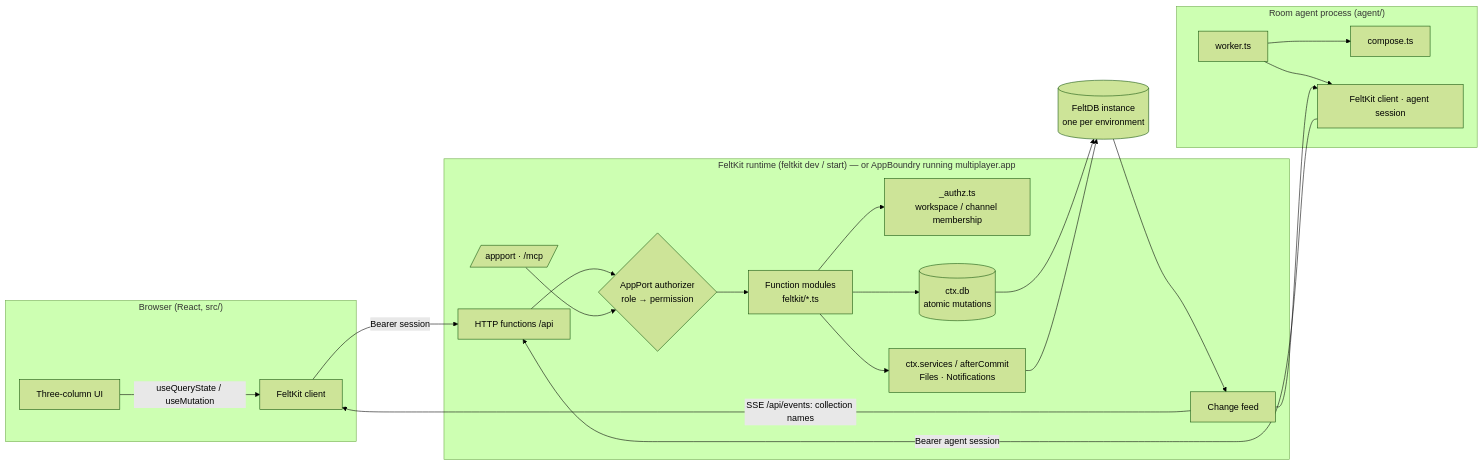
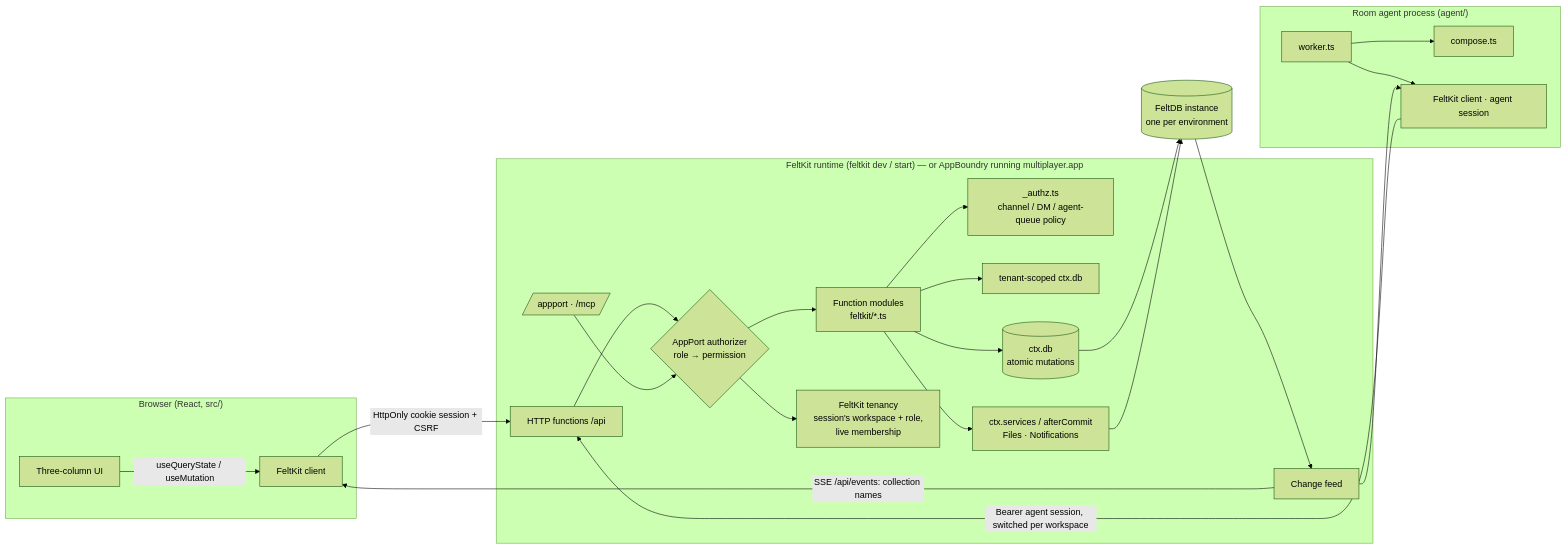
Before and after one commit to rkendel1/workspace: the diagram in docs/ARCHITECTURE.md, drawn with Mermaid (forest theme). The commit also changed other lines of this file and 48 other files, not shown here.

````diff
--- a/docs/ARCHITECTURE.md
+++ b/docs/ARCHITECTURE.md
@@ -5,25 +5,27 @@
 ```mermaid
 flowchart LR
   subgraph Browser["Browser (React, src/)"]
     UI[Three-column UI] -->|useQueryState / useMutation| FKC[FeltKit client]
   end
   subgraph Agent["Room agent process (agent/)"]
     W[worker.ts] --> C[compose.ts]
     W --> AKC[FeltKit client · agent session]
   end
   subgraph Runtime["FeltKit runtime (feltkit dev / start) — or AppBoundry running multiplayer.app"]
     H[HTTP functions /api] --> AUTH{AppPort authorizer<br/>role → permission}
     AP[/appport · /mcp/] --> AUTH
     AUTH --> FN[Function modules<br/>feltkit/*.ts]
-    FN --> AZ[_authz.ts<br/>workspace / channel membership]
+    AUTH --> TEN[FeltKit tenancy<br/>session's workspace + role,<br/>live membership]
+    FN --> AZ[_authz.ts<br/>channel / DM / agent-queue policy]
+    FN --> TS[tenant-scoped ctx.db]
     FN --> DB[(ctx.db<br/>atomic mutations)]
     FN --> SVC[ctx.services / afterCommit<br/>Files · Notifications]
     CF[Change feed] -->|SSE /api/events: collection names| FKC
     CF --> AKC
   end
-  FKC -->|Bearer session| H
-  AKC -->|Bearer agent session| H
+  FKC -->|HttpOnly cookie session + CSRF| H
+  AKC -->|Bearer agent session, switched per workspace| H
   DB --> F[(FeltDB instance<br/>one per environment)]
   SVC --> F
   F --> CF
 ```
````
